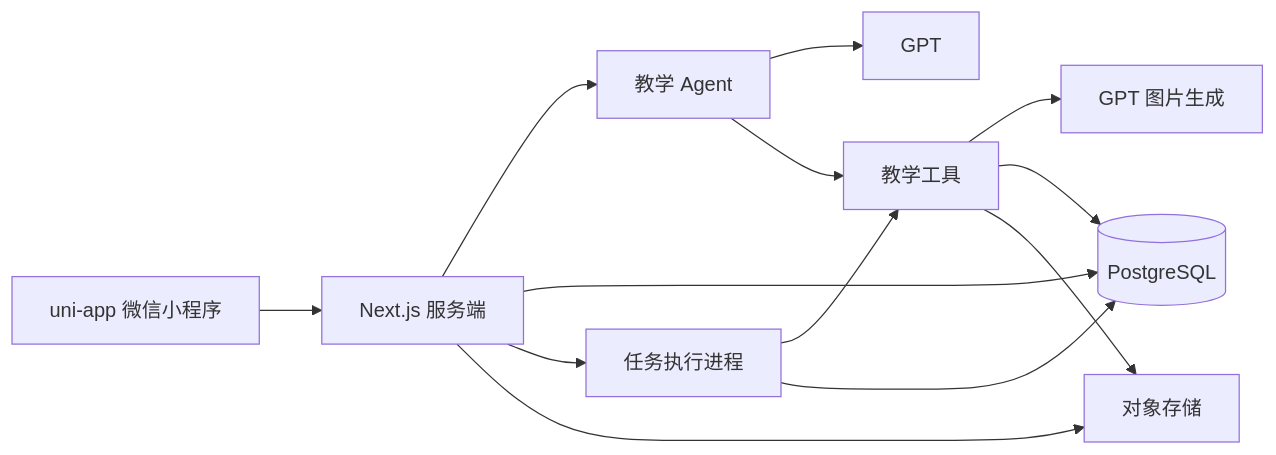
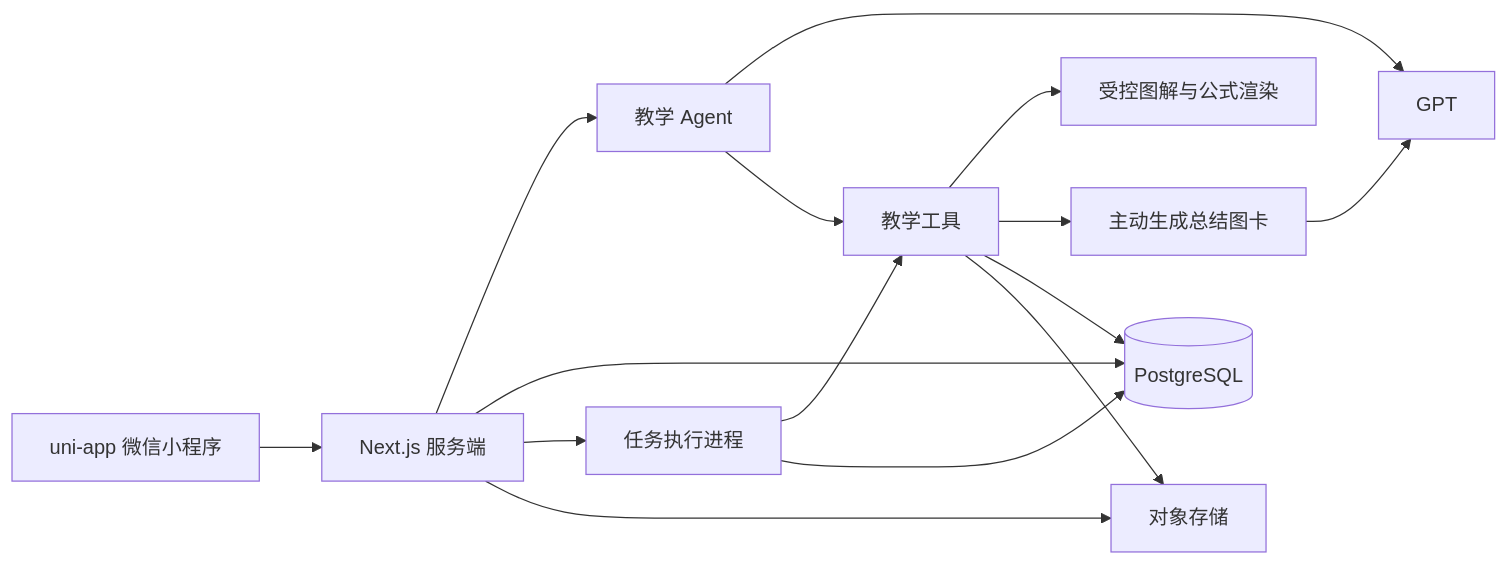
One commit to witendfk/luma changed the diagram in docs/design/architecture.md. Above: the diagram before and after it, drawn with Mermaid. The commit also changed other lines of this file and 64 other files, not shown here.

````diff
--- a/docs/design/architecture.md
+++ b/docs/design/architecture.md
@@ -9,15 +9,17 @@
 ```mermaid
 flowchart LR
     W[uni-app 微信小程序] --> S[Next.js 服务端]
     S --> A[教学 Agent]
     A --> G[GPT]
     A --> T[教学工具]
-    T --> I[GPT 图片生成]
+    T --> R[受控图解与公式渲染]
+    T --> I[主动生成总结图卡]
+    I --> G
     S --> D[(PostgreSQL)]
     T --> D
     J[任务执行进程] --> T
     J --> D
     S --> J
     S --> O[对象存储]
     T --> O
 ```
````
